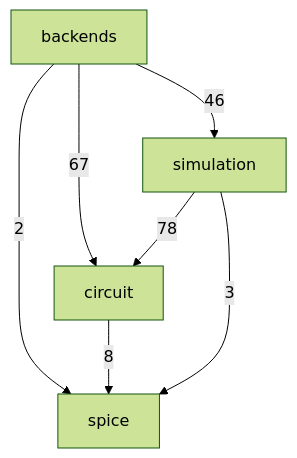
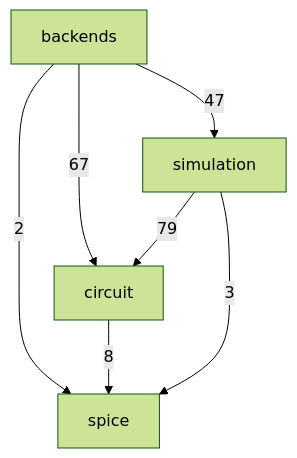
Before and after one commit to ronnymilleo/imcsim: the second of 3 diagrams in docs/architecture.md, drawn with Mermaid (forest theme). The commit also changed other lines of this file, not shown here.

Commit message:
Update architecture include diagram

````diff
--- a/docs/architecture.md
+++ b/docs/architecture.md
@@ -33,13 +33,13 @@
 ```mermaid
 flowchart TD
     app_core_spice[spice]
     app_core_circuit[circuit]
     app_core_simulation[simulation]
     app_core_backends[backends]
     app_core_backends -->|67| app_core_circuit
-    app_core_backends -->|46| app_core_simulation
+    app_core_backends -->|47| app_core_simulation
     app_core_backends -->|2| app_core_spice
     app_core_circuit -->|8| app_core_spice
-    app_core_simulation -->|78| app_core_circuit
+    app_core_simulation -->|79| app_core_circuit
     app_core_simulation -->|3| app_core_spice
 ```
````
